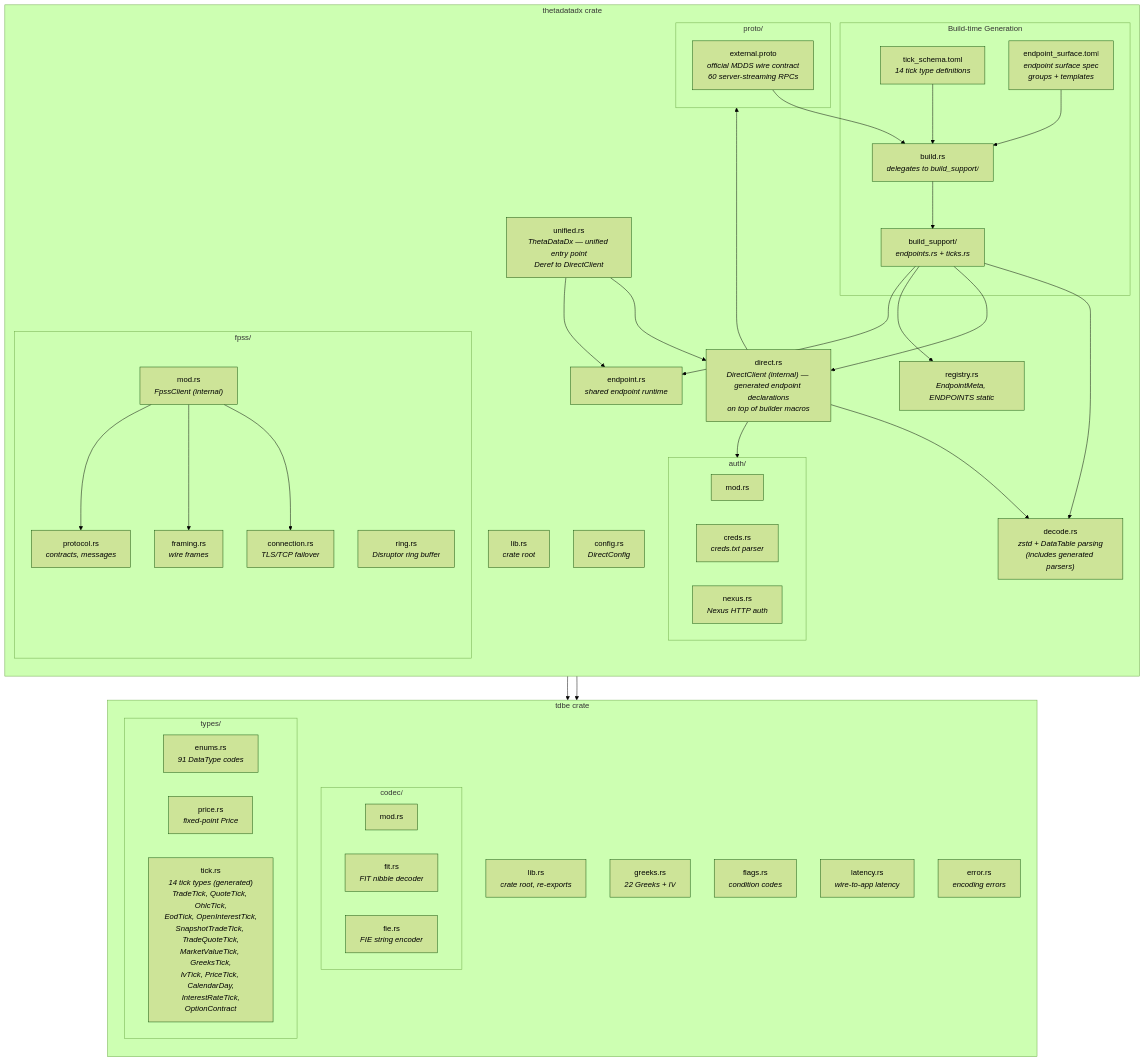
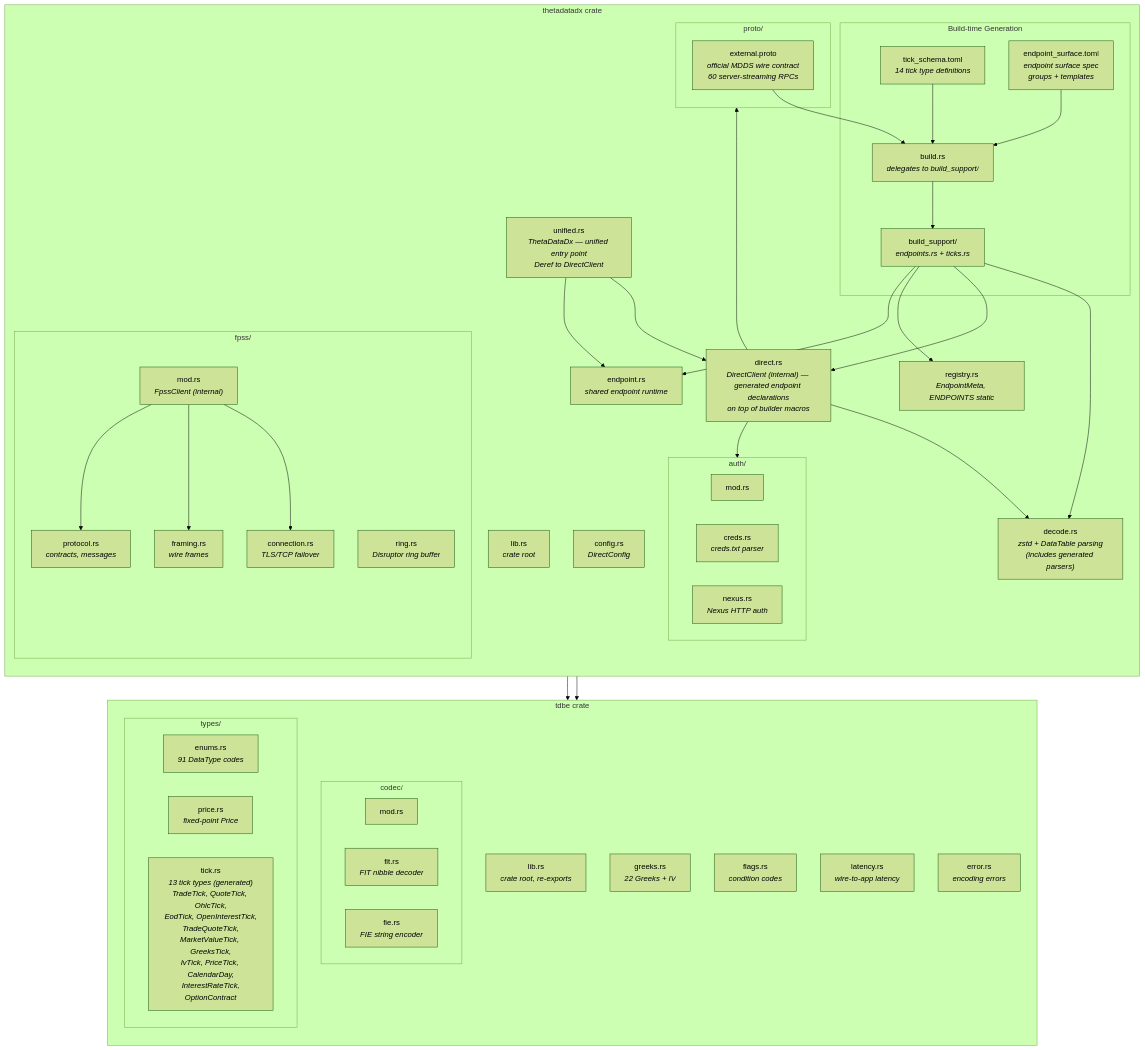
Diagram 15 of 15 in docs/architecture.md (userFRM/ThetaDataDx), drawn with Mermaid (forest theme) before and after one commit. The commit also changed other lines of this file and 86 other files, not shown here.

````diff
--- a/docs/architecture.md
+++ b/docs/architecture.md
@@ -491,80 +491,80 @@
 ```mermaid
 graph TD
     subgraph "tdbe crate"
         direction TB
         TDBE_LIB["lib.rs<br/><i>crate root, re-exports</i>"]
 
         subgraph tdbe_codec["codec/"]
             C_MOD["mod.rs"]
             C_FIT["fit.rs<br/><i>FIT nibble decoder</i>"]
             C_FIE["fie.rs<br/><i>FIE string encoder</i>"]
         end
 
         subgraph tdbe_types["types/"]
             T_ENUM["enums.rs<br/><i>91 DataType codes</i>"]
             T_PRICE["price.rs<br/><i>fixed-point Price</i>"]
-            T_TICK["tick.rs<br/><i>14 tick types (generated)<br/>TradeTick, QuoteTick, OhlcTick,<br/>EodTick, OpenInterestTick,<br/>SnapshotTradeTick, TradeQuoteTick,<br/>MarketValueTick, GreeksTick,<br/>IvTick, PriceTick, CalendarDay,<br/>InterestRateTick,<br/>OptionContract</i>"]
+            T_TICK["tick.rs<br/><i>13 tick types (generated)<br/>TradeTick, QuoteTick, OhlcTick,<br/>EodTick, OpenInterestTick,<br/>TradeQuoteTick,<br/>MarketValueTick, GreeksTick,<br/>IvTick, PriceTick, CalendarDay,<br/>InterestRateTick,<br/>OptionContract</i>"]
         end
 
         TDBE_GREEKS["greeks.rs<br/><i>22 Greeks + IV</i>"]
         TDBE_FLAGS["flags.rs<br/><i>condition codes</i>"]
         TDBE_LATENCY["latency.rs<br/><i>wire-to-app latency</i>"]
         TDBE_ERROR["error.rs<br/><i>encoding errors</i>"]
     end
 
     subgraph "thetadatadx crate"
         direction TB
         LIB["lib.rs<br/><i>crate root</i>"]
 
         subgraph auth["auth/"]
             A_MOD["mod.rs"]
             A_CREDS["creds.rs<br/><i>creds.txt parser</i>"]
             A_NEXUS["nexus.rs<br/><i>Nexus HTTP auth</i>"]
         end
 
         subgraph fpss["fpss/"]
             F_MOD["mod.rs<br/><i>FpssClient (internal)</i>"]
             F_CONN["connection.rs<br/><i>TLS/TCP failover</i>"]
             F_FRAME["framing.rs<br/><i>wire frames</i>"]
             F_PROTO["protocol.rs<br/><i>contracts, messages</i>"]
             F_RING["ring.rs<br/><i>Disruptor ring buffer</i>"]
         end
 
         UNIFIED["unified.rs<br/><i>ThetaDataDx — unified entry point<br/>Deref to DirectClient</i>"]
         DIRECT["direct.rs<br/><i>DirectClient (internal) — generated endpoint declarations<br/>on top of builder macros</i>"]
         ENDPOINT_RT["endpoint.rs<br/><i>shared endpoint runtime</i>"]
         CONFIG["config.rs<br/><i>DirectConfig</i>"]
         DECODE["decode.rs<br/><i>zstd + DataTable parsing<br/>(includes generated parsers)</i>"]
         REGISTRY["registry.rs<br/><i>EndpointMeta, ENDPOINTS static</i>"]
 
         subgraph codegen["Build-time Generation"]
             SCHEMA["tick_schema.toml<br/><i>14 tick type definitions</i>"]
             SURFACE["endpoint_surface.toml<br/><i>endpoint surface spec<br/>groups + templates</i>"]
             BUILD["build.rs<br/><i>delegates to build_support/</i>"]
             SUPPORT["build_support/<br/><i>endpoints.rs + ticks.rs</i>"]
         end
 
         subgraph proto["proto/"]
             P_EXT["external.proto<br/><i>official MDDS wire contract<br/>60 server-streaming RPCs</i>"]
         end
     end
 
     LIB --> TDBE_LIB
     UNIFIED --> DIRECT
     UNIFIED --> ENDPOINT_RT
     DIRECT --> auth
     DIRECT --> DECODE
     DIRECT --> proto
     SCHEMA --> BUILD
     SURFACE --> BUILD
     P_EXT --> BUILD
     BUILD --> SUPPORT
     SUPPORT --> DECODE
     SUPPORT --> DIRECT
     SUPPORT --> REGISTRY
     SUPPORT --> ENDPOINT_RT
     F_MOD --> tdbe_codec
     F_MOD --> F_CONN
     F_MOD --> F_FRAME
     F_MOD --> F_PROTO
 ```
````
